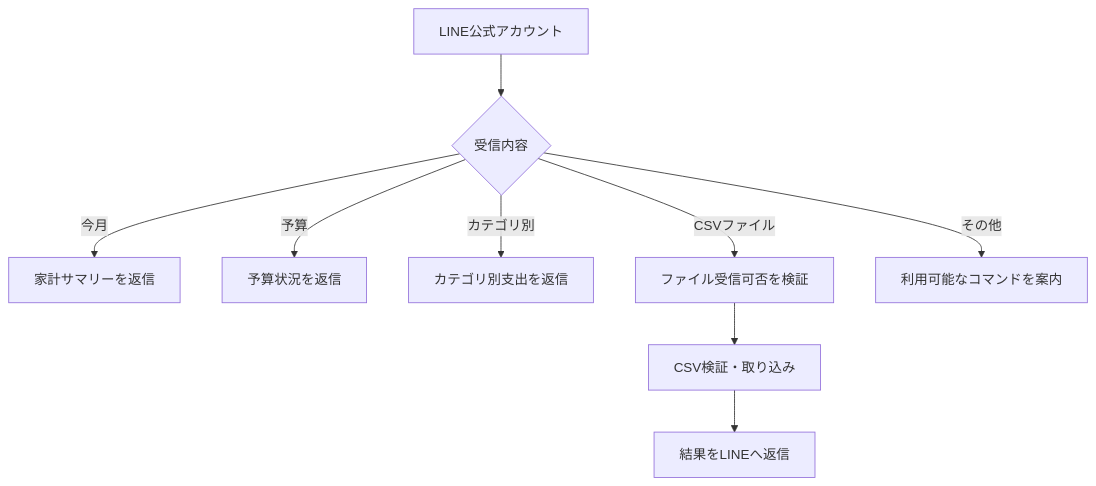
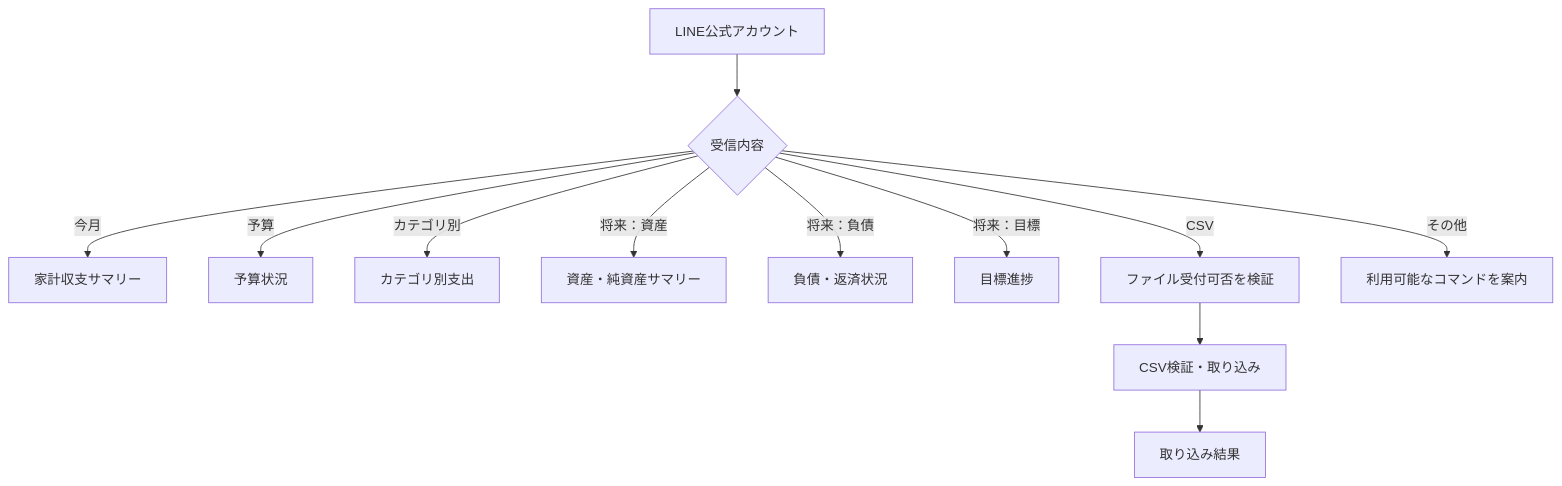
Before and after one commit to kanata0306/catsflow: the second of 2 diagrams in docs/04-screen-transition.md, drawn with Mermaid. The commit also changed other lines of this file and 25 other files, not shown here.

````diff
--- a/docs/04-screen-transition.md
+++ b/docs/04-screen-transition.md
@@ -61,11 +75,14 @@
 ```mermaid
 flowchart TD
     A[LINE公式アカウント] --> B{受信内容}
-    B -- 今月 --> C[家計サマリーを返信]
-    B -- 予算 --> D[予算状況を返信]
-    B -- カテゴリ別 --> E[カテゴリ別支出を返信]
-    B -- CSVファイル --> F[ファイル受信可否を検証]
-    F --> G[CSV検証・取り込み]
-    G --> H[結果をLINEへ返信]
-    B -- その他 --> I[利用可能なコマンドを案内]
+    B -- 今月 --> C[家計収支サマリー]
+    B -- 予算 --> D[予算状況]
+    B -- カテゴリ別 --> E[カテゴリ別支出]
+    B -- 将来：資産 --> F[資産・純資産サマリー]
+    B -- 将来：負債 --> G[負債・返済状況]
+    B -- 将来：目標 --> H[目標進捗]
+    B -- CSV --> I[ファイル受付可否を検証]
+    I --> J[CSV検証・取り込み]
+    J --> K[取り込み結果]
+    B -- その他 --> L[利用可能なコマンドを案内]
 ```
````
